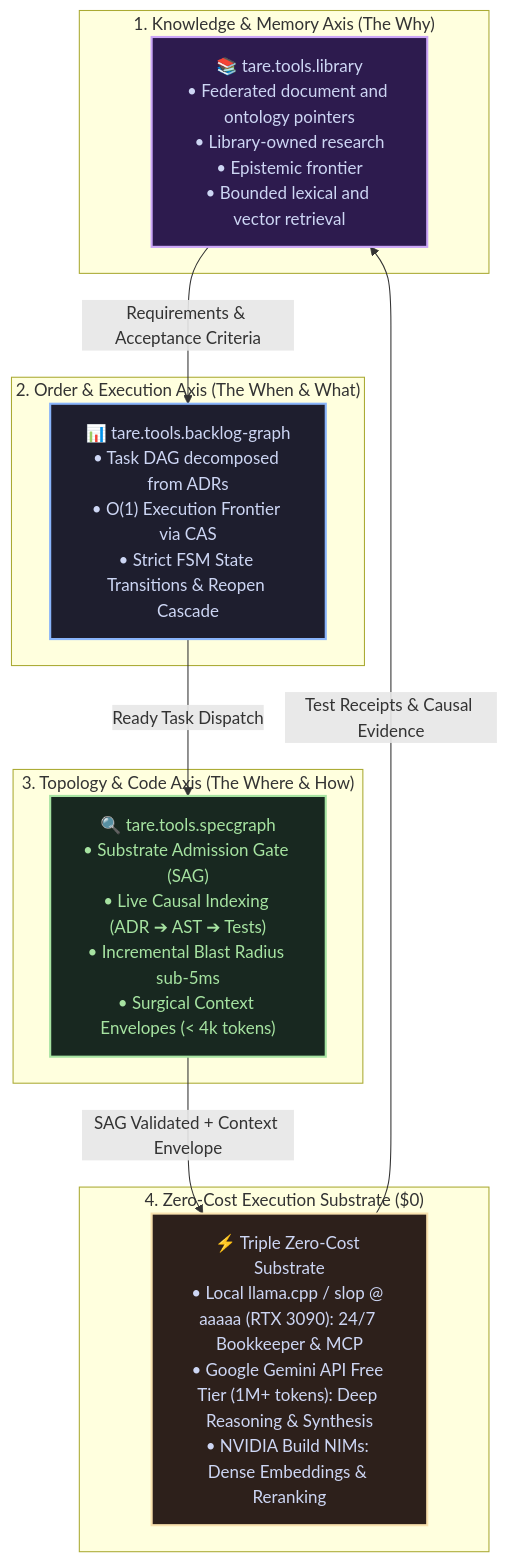
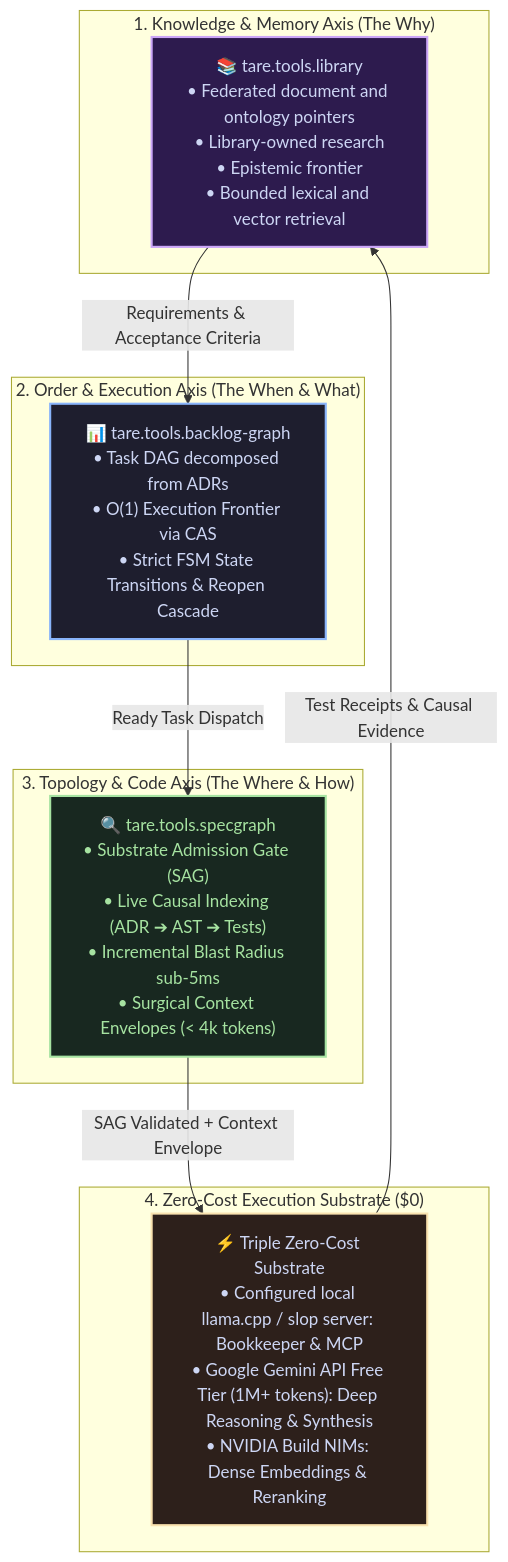
Before and after one commit to augusto-scarvalho/tare.tools.library: the first of 2 diagrams in README.md, drawn with Mermaid. The commit also changed other lines of this file and 26 other files, not shown here.

````diff
--- a/README.md
+++ b/README.md
@@ -65,33 +65,33 @@
 ```mermaid
 flowchart TD
     subgraph Axis1 ["1. Knowledge & Memory Axis (The Why)"]
         Library["📚 tare.tools.library<br/>• Federated document and ontology pointers<br/>• Library-owned research<br/>• Epistemic frontier<br/>• Bounded lexical and vector retrieval"]
     end
 
     subgraph Axis2 ["2. Order & Execution Axis (The When & What)"]
         Backlog["📊 tare.tools.backlog-graph<br/>• Task DAG decomposed from ADRs<br/>• O(1) Execution Frontier via CAS<br/>• Strict FSM State Transitions & Reopen Cascade"]
     end
 
     subgraph Axis3 ["3. Topology & Code Axis (The Where & How)"]
         Spec["🔍 tare.tools.specgraph<br/>• Substrate Admission Gate (SAG)<br/>• Live Causal Indexing (ADR ➔ AST ➔ Tests)<br/>• Incremental Blast Radius sub-5ms<br/>• Surgical Context Envelopes (< 4k tokens)"]
     end
 
     subgraph Execution ["4. Zero-Cost Execution Substrate ($0)"]
-        ZeroCost["⚡ Triple Zero-Cost Substrate<br/>• Local llama.cpp / slop @ aaaaa (RTX 3090): 24/7 Bookkeeper & MCP<br/>• Google Gemini API Free Tier (1M+ tokens): Deep Reasoning & Synthesis<br/>• NVIDIA Build NIMs: Dense Embeddings & Reranking"]
+        ZeroCost["⚡ Triple Zero-Cost Substrate<br/>• Configured local llama.cpp / slop server: Bookkeeper & MCP<br/>• Google Gemini API Free Tier (1M+ tokens): Deep Reasoning & Synthesis<br/>• NVIDIA Build NIMs: Dense Embeddings & Reranking"]
     end
 
     Library -->|Requirements & Acceptance Criteria| Backlog
     Backlog -->|Ready Task Dispatch| Spec
     Spec -->|SAG Validated + Context Envelope| ZeroCost
     ZeroCost -->|Test Receipts & Causal Evidence| Library
 
     classDef lStyle fill:#2d1b4e,stroke:#cba6f7,stroke-width:2px,color:#cdd6f4;
     classDef bStyle fill:#1e1e2e,stroke:#89b4fa,stroke-width:2px,color:#cdd6f4;
     classDef sStyle fill:#182820,stroke:#a6e3a1,stroke-width:2px,color:#a6e3a1;
     classDef zStyle fill:#2d201b,stroke:#f9e2af,stroke-width:2px,color:#cdd6f4;
 
     class Library lStyle;
     class Backlog bStyle;
     class Spec sStyle;
     class ZeroCost zStyle;
 ```
````
